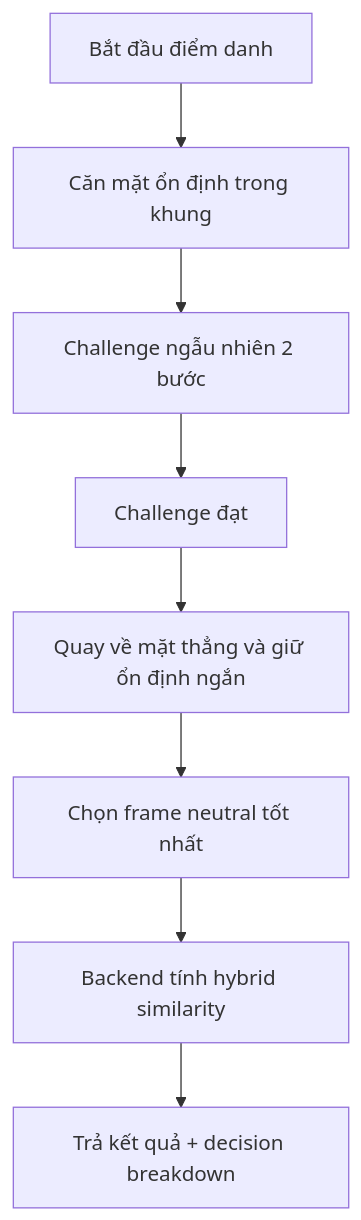
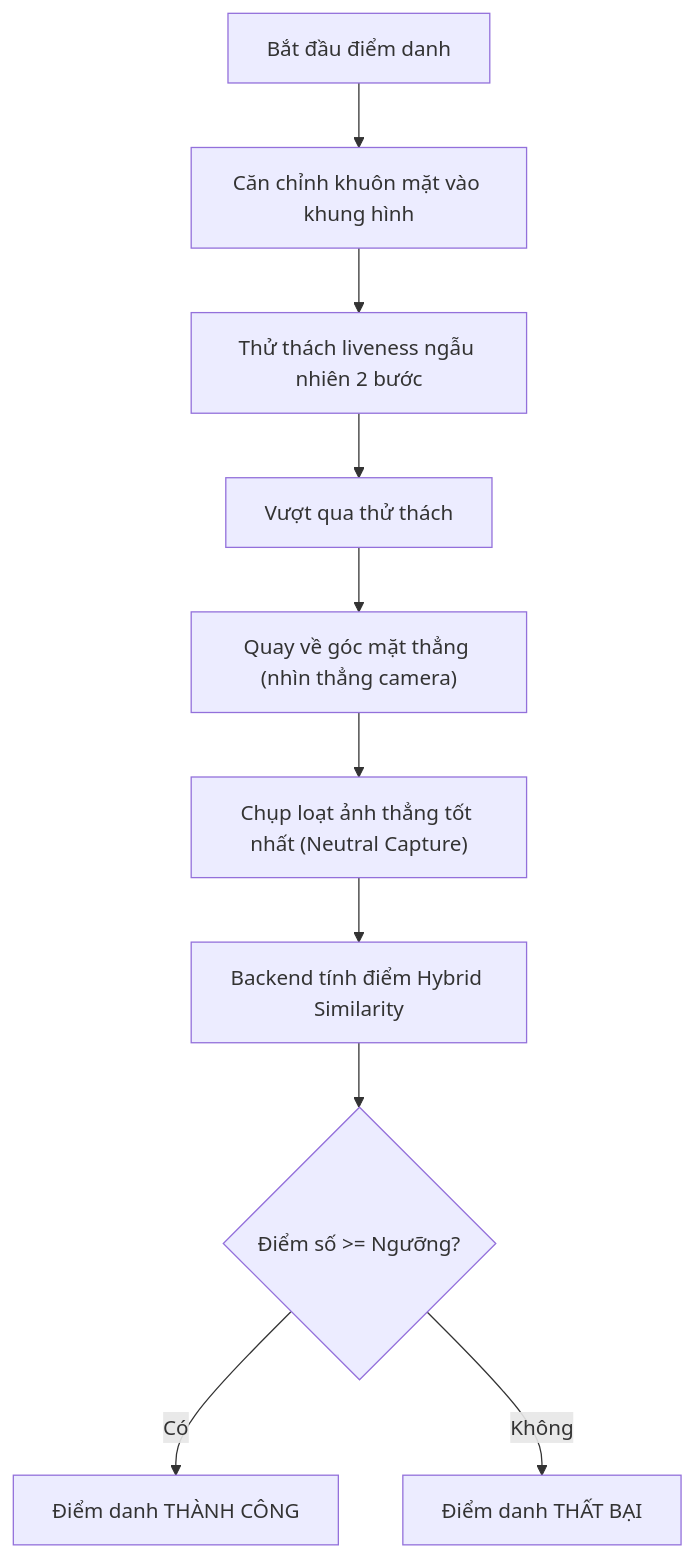
Before and after one commit to DuongDucMinh/ATTENDANCE-VERIFICATION-SYSTEM: the second of 2 diagrams in README.md, drawn with Mermaid. The commit also changed other lines of this file and 1 other file, not shown here.

````diff
--- a/README.md
+++ b/README.md
@@ -28,10 +53,12 @@
 ```mermaid
 flowchart TD
-    A["Bắt đầu điểm danh"] --> B["Căn mặt ổn định trong khung"]
-    B --> C["Challenge ngẫu nhiên 2 bước"]
-    C --> D["Challenge đạt"]
-    D --> E["Quay về mặt thẳng và giữ ổn định ngắn"]
-    E --> F["Chọn frame neutral tốt nhất"]
-    F --> G["Backend tính hybrid similarity"]
-    G --> H["Trả kết quả + decision breakdown"]
+    A["Bắt đầu điểm danh"] --> B["Căn chỉnh khuôn mặt vào khung hình"]
+    B --> C["Thử thách liveness ngẫu nhiên 2 bước"]
+    C --> D["Vượt qua thử thách"]
+    D --> E["Quay về góc mặt thẳng (nhìn thẳng camera)"]
+    E --> F["Chụp loạt ảnh thẳng tốt nhất (Neutral Capture)"]
+    F --> G["Backend tính điểm Hybrid Similarity"]
+    G --> H{"Điểm số >= Ngưỡng?"}
+    H -- "Có" --> I["Điểm danh THÀNH CÔNG"]
+    H -- "Không" --> J["Điểm danh THẤT BẠI"]
 ```
````
